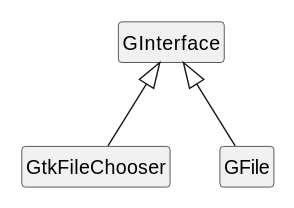
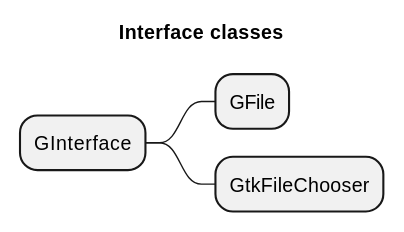
One commit to lizmat/raku-all-modules changed the third of 5 diagrams in cpan/MARTIMM/GTK-V3/doc/Design.md. Above: the diagram before and after it, drawn with PlantUML. The commit also changed other lines of this file and 12 other files, not shown here.

````diff
--- a/cpan/MARTIMM/GTK-V3/doc/Design.md
+++ b/cpan/MARTIMM/GTK-V3/doc/Design.md
@@ -74,9 +60,10 @@
 ```plantuml
+@startmindmap
 scale 0.7
-hide members
-hide circle
+title Interface classes
+* GInterface
+ * GFile
+ * GtkFileChooser
 
-GInterface <|-- GtkFileChooser
-GInterface <|-- GFile
-
+@endmindmap
 ```
````
